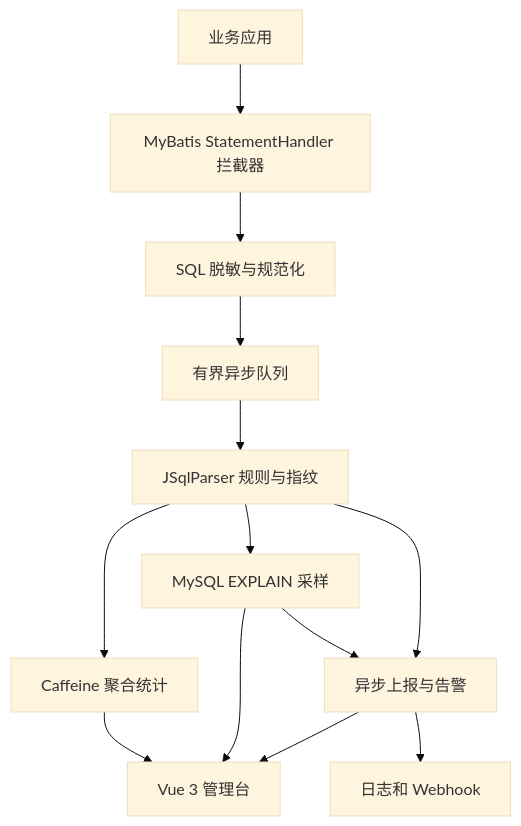
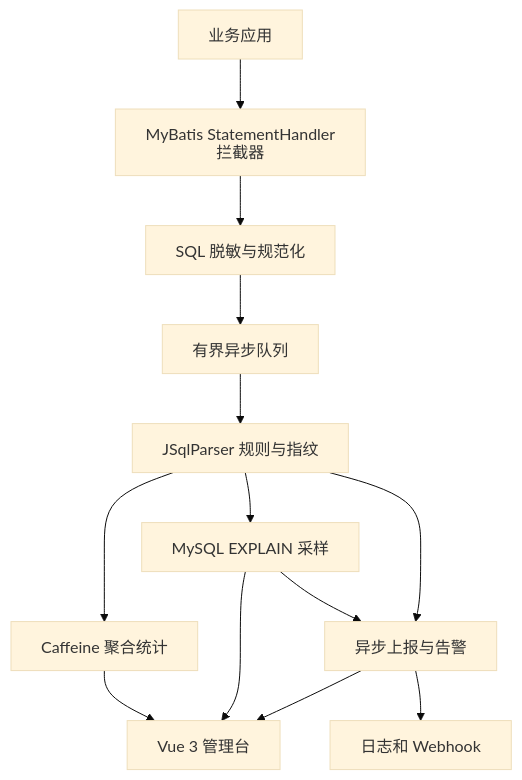
Before and after one commit to NymphQAQ/SQLGuard: the diagram in README.md, drawn with Mermaid (base theme).

Commit message:
Fix clipped Mermaid labels on GitHub

````diff
--- a/README.md
+++ b/README.md
@@ -144,15 +144,19 @@
 ```mermaid
+---
+config:
+  htmlLabels: false
+---
 flowchart TD
     A[业务应用] --> B[MyBatis StatementHandler 拦截器]
     B --> C[SQL 脱敏与规范化]
     C --> D[有界异步队列]
     D --> E[JSqlParser 规则与指纹]
     E --> F[Caffeine 聚合统计]
     E --> G[MySQL EXPLAIN 采样]
     F --> I[Vue 3 管理台]
     G --> I
     E --> H[异步上报与告警]
     G --> H
     H --> I
     H --> J[日志和 Webhook]
 ```
````
